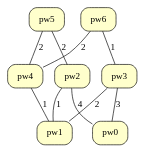
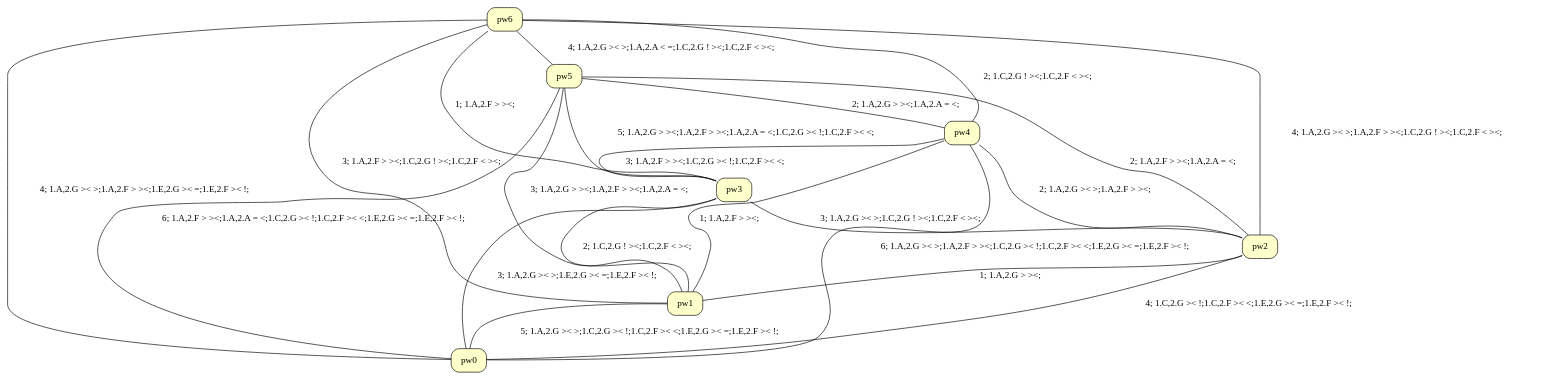
Before and after one commit to EulerProject/EulerX: the diagram in example/abstract4/abstract4_cl.dot, drawn with Graphviz. The commit also changed 11 other files, not shown here.

```diff
--- a/example/abstract4/abstract4_cl.dot
+++ b/example/abstract4/abstract4_cl.dot
@@ -1,14 +1,26 @@
 graph abstract4_cluster {
 overlap=false
 splines=true
   node [shape=box style="filled, rounded" fillcolor="#FFFFCC"]
-"pw2" -- "pw1" [label=1,len=1]
-"pw3" -- "pw0" [label=3,len=3]
-"pw3" -- "pw1" [label=2,len=2]
-"pw4" -- "pw1" [label=1,len=1]
-"pw5" -- "pw2" [label=2,len=2]
-"pw5" -- "pw4" [label=2,len=2]
-"pw6" -- "pw3" [label=1,len=1]
-"pw6" -- "pw4" [label=2,len=2]
-"pw2" -- "pw0" [label=4,len=4]
+"pw1" -- "pw0" [label="5; 1.A,2.G >< >;1.C,2.G >< !;1.C,2.F >< <;1.E,2.G >< =;1.E,2.F >< !;",len=5]
+"pw2" -- "pw0" [label="4; 1.C,2.G >< !;1.C,2.F >< <;1.E,2.G >< =;1.E,2.F >< !;",len=4]
+"pw2" -- "pw1" [label="1; 1.A,2.G > ><;",len=1]
+"pw3" -- "pw0" [label="3; 1.A,2.G >< >;1.E,2.G >< =;1.E,2.F >< !;",len=3]
+"pw3" -- "pw1" [label="2; 1.C,2.G ! ><;1.C,2.F < ><;",len=2]
+"pw3" -- "pw2" [label="3; 1.A,2.G >< >;1.C,2.G ! ><;1.C,2.F < ><;",len=3]
+"pw4" -- "pw0" [label="6; 1.A,2.G >< >;1.A,2.F > ><;1.C,2.G >< !;1.C,2.F >< <;1.E,2.G >< =;1.E,2.F >< !;",len=6]
+"pw4" -- "pw1" [label="1; 1.A,2.F > ><;",len=1]
+"pw4" -- "pw2" [label="2; 1.A,2.G >< >;1.A,2.F > ><;",len=2]
+"pw4" -- "pw3" [label="3; 1.A,2.F > ><;1.C,2.G >< !;1.C,2.F >< <;",len=3]
+"pw5" -- "pw0" [label="6; 1.A,2.F > ><;1.A,2.A = <;1.C,2.G >< !;1.C,2.F >< <;1.E,2.G >< =;1.E,2.F >< !;",len=6]
+"pw5" -- "pw1" [label="3; 1.A,2.G > ><;1.A,2.F > ><;1.A,2.A = <;",len=3]
+"pw5" -- "pw2" [label="2; 1.A,2.F > ><;1.A,2.A = <;",len=2]
+"pw5" -- "pw3" [label="5; 1.A,2.G > ><;1.A,2.F > ><;1.A,2.A = <;1.C,2.G >< !;1.C,2.F >< <;",len=5]
+"pw5" -- "pw4" [label="2; 1.A,2.G > ><;1.A,2.A = <;",len=2]
+"pw6" -- "pw0" [label="4; 1.A,2.G >< >;1.A,2.F > ><;1.E,2.G >< =;1.E,2.F >< !;",len=4]
+"pw6" -- "pw1" [label="3; 1.A,2.F > ><;1.C,2.G ! ><;1.C,2.F < ><;",len=3]
+"pw6" -- "pw2" [label="4; 1.A,2.G >< >;1.A,2.F > ><;1.C,2.G ! ><;1.C,2.F < ><;",len=4]
+"pw6" -- "pw3" [label="1; 1.A,2.F > ><;",len=1]
+"pw6" -- "pw4" [label="2; 1.C,2.G ! ><;1.C,2.F < ><;",len=2]
+"pw6" -- "pw5" [label="4; 1.A,2.G >< >;1.A,2.A < =;1.C,2.G ! ><;1.C,2.F < ><;",len=4]
 }
```
